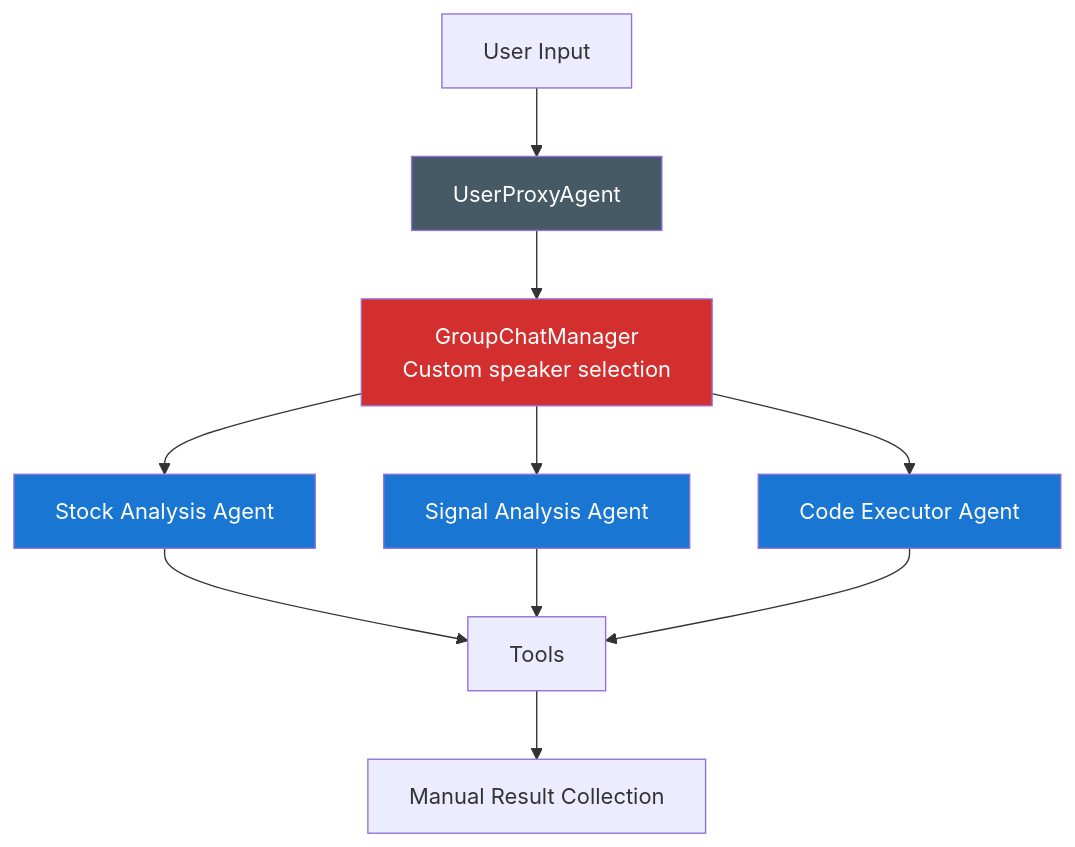
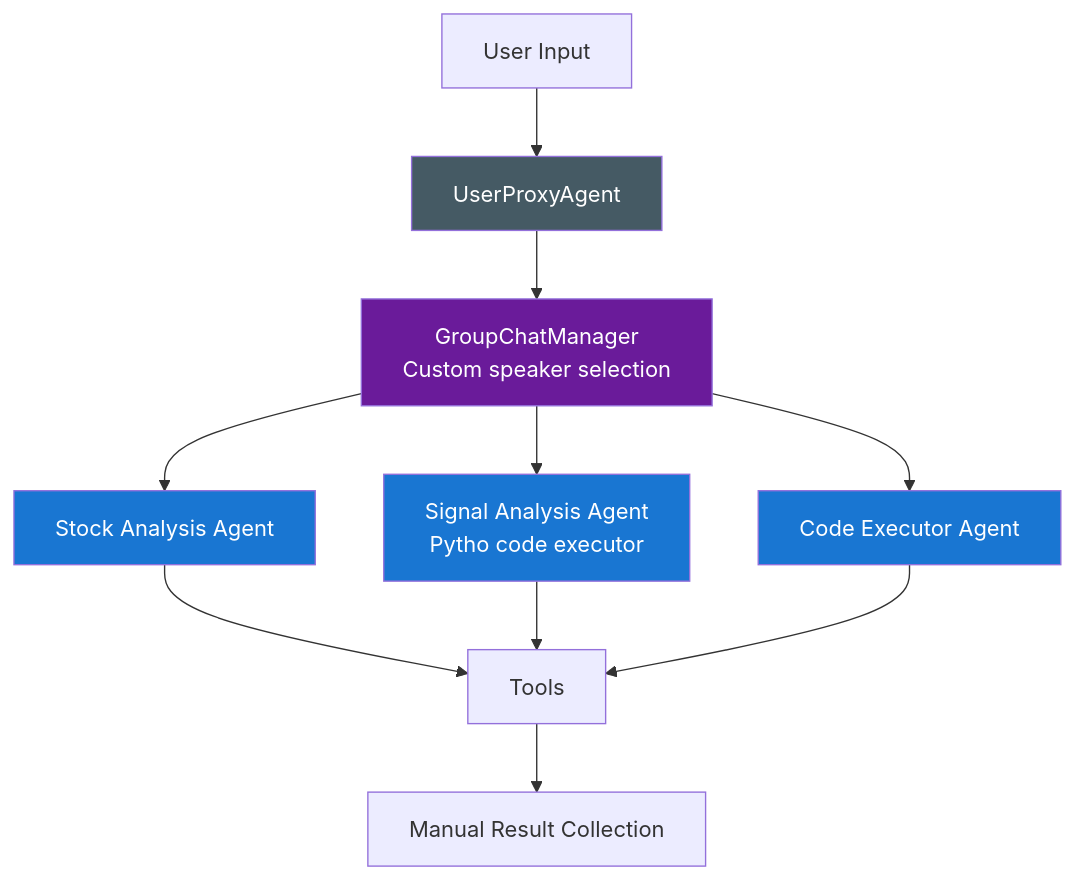
The second of 3 diagrams in README.md (kimtth/agent-quant-stock-invest), drawn with Mermaid before and after one commit. The commit also changed other lines of this file, not shown here.

````diff
--- a/README.md
+++ b/README.md
@@ -119,16 +120,16 @@
 ```mermaid
 flowchart TD
     classDef proxy fill:#455a64,color:#fff;
-    classDef manager fill:#d32f2f,color:#fff;
+    classDef manager fill:#6a1b9a,color:#fff;
     classDef agent fill:#1976d2,color:#fff;
     
     A[User Input] --> B[UserProxyAgent]:::proxy
     B --> C[GroupChatManager<br/>Custom speaker selection]:::manager
     C --> D[Stock Analysis Agent]:::agent
-    C --> E[Signal Analysis Agent]:::agent
+    C --> E[Signal Analysis Agent<br/>Pytho code executor]:::agent
     C --> F[Code Executor Agent]:::agent
     D --> G[Tools]
     E --> G
     F --> G
     G --> H[Manual Result Collection]
 ```
````
